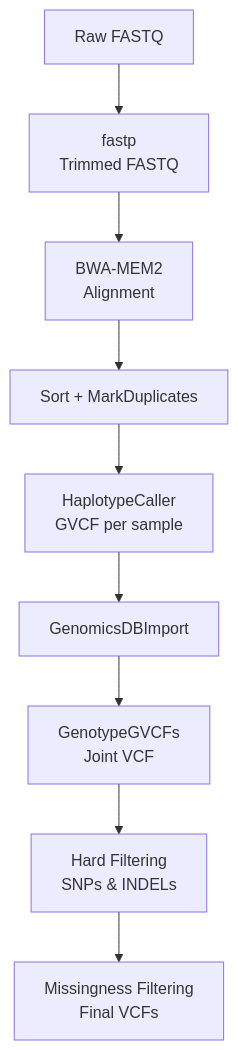
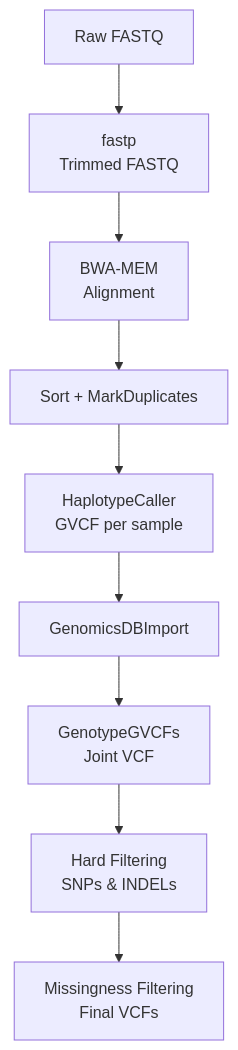
The diagram in README.md (KevinVerstrepenLab/Variant_calling_pipeline), drawn with Mermaid before and after one commit. The commit also changed other lines of this file, not shown here.

````diff
--- a/README.md
+++ b/README.md
@@ -40,11 +40,11 @@
 ```mermaid
 flowchart TD
     A[Raw FASTQ] --> B[fastp<br/>Trimmed FASTQ]
-    B --> C[BWA-MEM2<br/>Alignment]
+    B --> C[BWA-MEM<br/>Alignment]
     C --> D[Sort + MarkDuplicates]
     D --> E[HaplotypeCaller<br/>GVCF per sample]
     E --> F[GenomicsDBImport]
     F --> G[GenotypeGVCFs<br/>Joint VCF]
     G --> H[Hard Filtering<br/>SNPs & INDELs]
     H --> I[Missingness Filtering<br/>Final VCFs]
 ```
````
